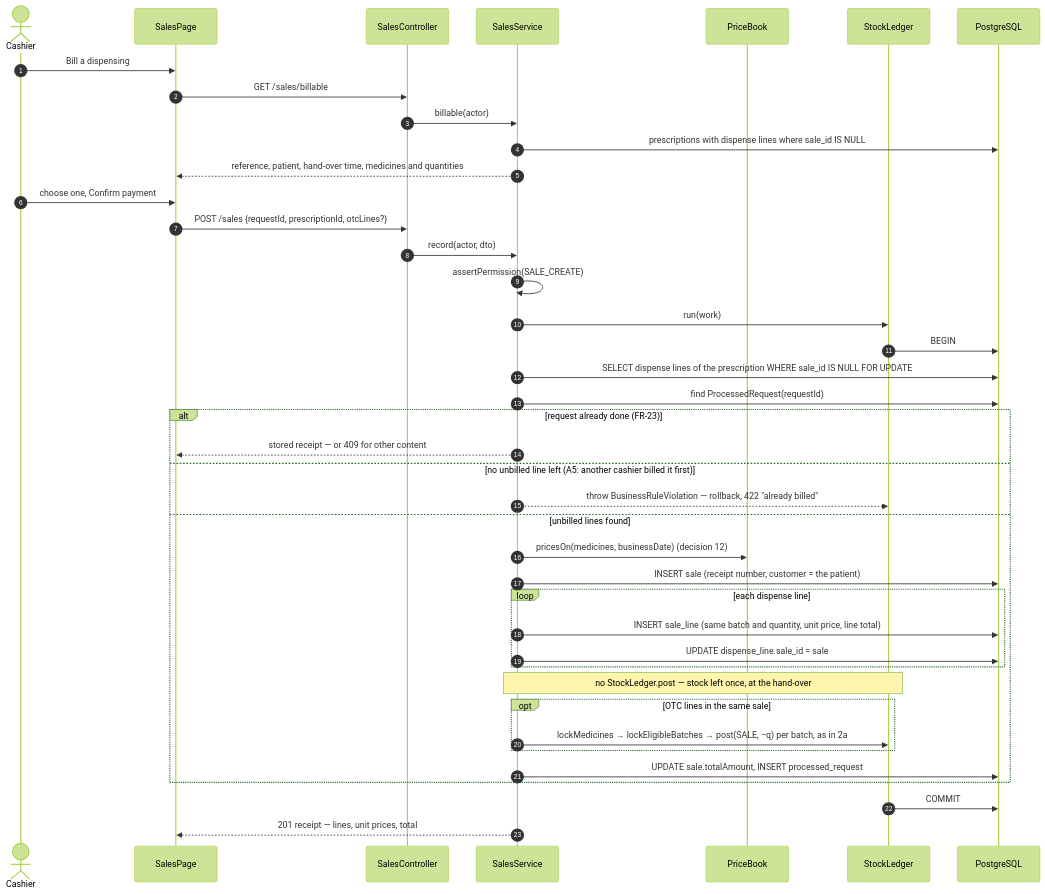
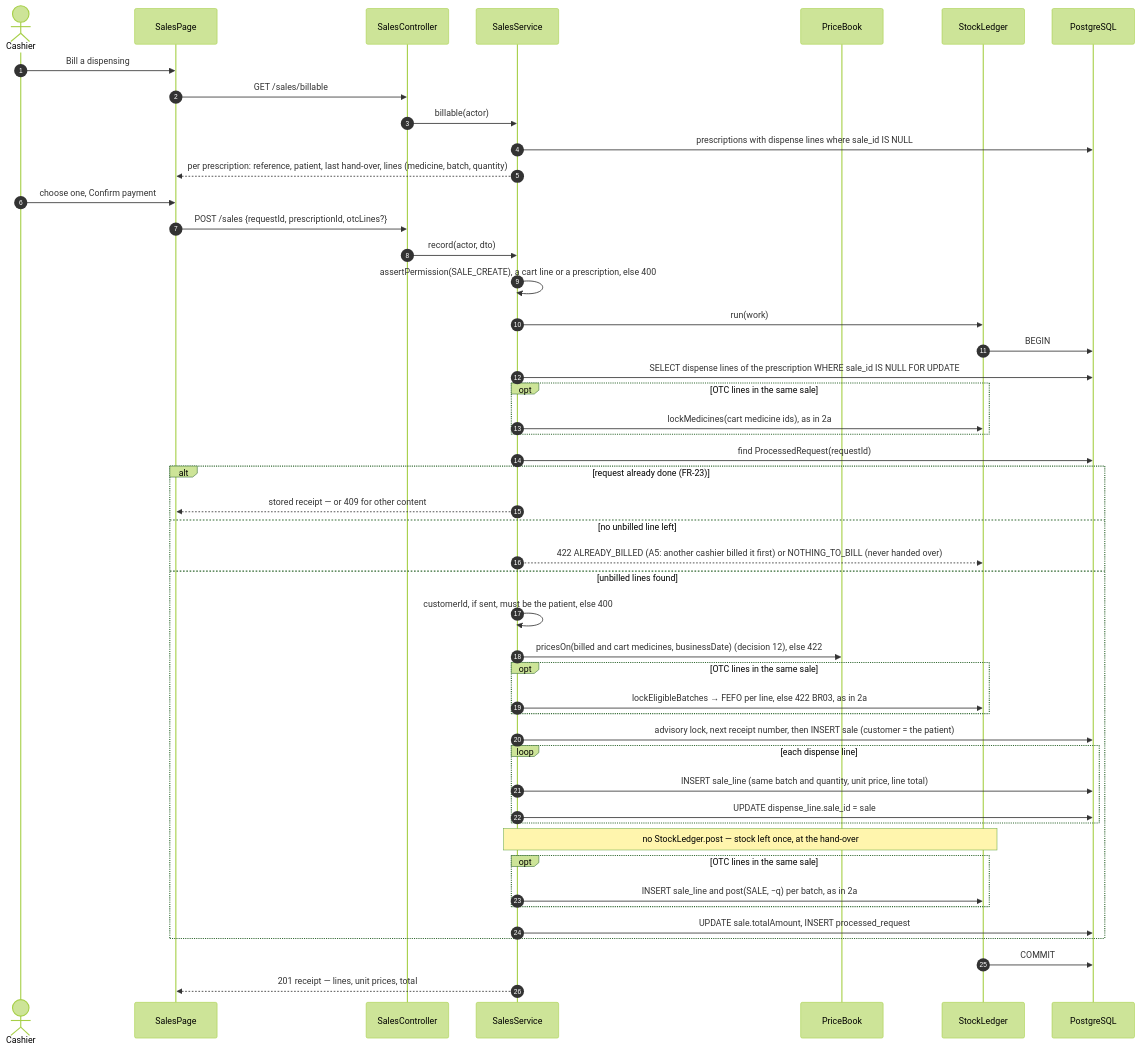
One commit to NeitLN/261_72ITSE41704_2474802010391_PharmacyStock changed the third of 5 diagrams in docs/diagrams/sequence-diagrams.md. Above: the diagram before and after it, drawn with Mermaid (forest theme). The commit also changed other lines of this file and 6 other files, not shown here.

Commit message:
Bill a handed-over prescription without moving stock (UC07)

````diff
--- a/docs/diagrams/sequence-diagrams.md
+++ b/docs/diagrams/sequence-diagrams.md
@@ -168,44 +168,51 @@
 ```mermaid
 sequenceDiagram
     autonumber
     actor K as Cashier
     participant UI as SalesPage
     participant C as SalesController
     participant S as SalesService
     participant PB as PriceBook
     participant L as StockLedger
     participant DB as PostgreSQL
 
     K->>UI: Bill a dispensing
     UI->>C: GET /sales/billable
     C->>S: billable(actor)
     S->>DB: prescriptions with dispense lines where sale_id IS NULL
-    S-->>UI: reference, patient, hand-over time, medicines and quantities
+    S-->>UI: per prescription: reference, patient, last hand-over, lines (medicine, batch, quantity)
     K->>UI: choose one, Confirm payment
     UI->>C: POST /sales {requestId, prescriptionId, otcLines?}
     C->>S: record(actor, dto)
-    S->>S: assertPermission(SALE_CREATE)
+    S->>S: assertPermission(SALE_CREATE), a cart line or a prescription, else 400
     S->>L: run(work)
     L->>DB: BEGIN
     S->>DB: SELECT dispense lines of the prescription WHERE sale_id IS NULL FOR UPDATE
+    opt OTC lines in the same sale
+        S->>L: lockMedicines(cart medicine ids), as in 2a
+    end
     S->>DB: find ProcessedRequest(requestId)
     alt request already done (FR-23)
         S-->>UI: stored receipt — or 409 for other content
-    else no unbilled line left (A5: another cashier billed it first)
-        S-->>L: throw BusinessRuleViolation — rollback, 422 "already billed"
+    else no unbilled line left
+        S-->>L: 422 ALREADY_BILLED (A5: another cashier billed it first) or NOTHING_TO_BILL (never handed over)
     else unbilled lines found
-        S->>PB: pricesOn(medicines, businessDate) (decision 12)
-        S->>DB: INSERT sale (receipt number, customer = the patient)
+        S->>S: customerId, if sent, must be the patient, else 400
+        S->>PB: pricesOn(billed and cart medicines, businessDate) (decision 12), else 422
+        opt OTC lines in the same sale
+            S->>L: lockEligibleBatches → FEFO per line, else 422 BR03, as in 2a
+        end
+        S->>DB: advisory lock, next receipt number, then INSERT sale (customer = the patient)
         loop each dispense line
             S->>DB: INSERT sale_line (same batch and quantity, unit price, line total)
             S->>DB: UPDATE dispense_line.sale_id = sale
         end
         Note over S,L: no StockLedger.post — stock left once, at the hand-over
         opt OTC lines in the same sale
-            S->>L: lockMedicines → lockEligibleBatches → post(SALE, −q) per batch, as in 2a
+            S->>L: INSERT sale_line and post(SALE, −q) per batch, as in 2a
         end
         S->>DB: UPDATE sale.totalAmount, INSERT processed_request
     end
     L->>DB: COMMIT
     S-->>UI: 201 receipt — lines, unit prices, total
 ```
````
